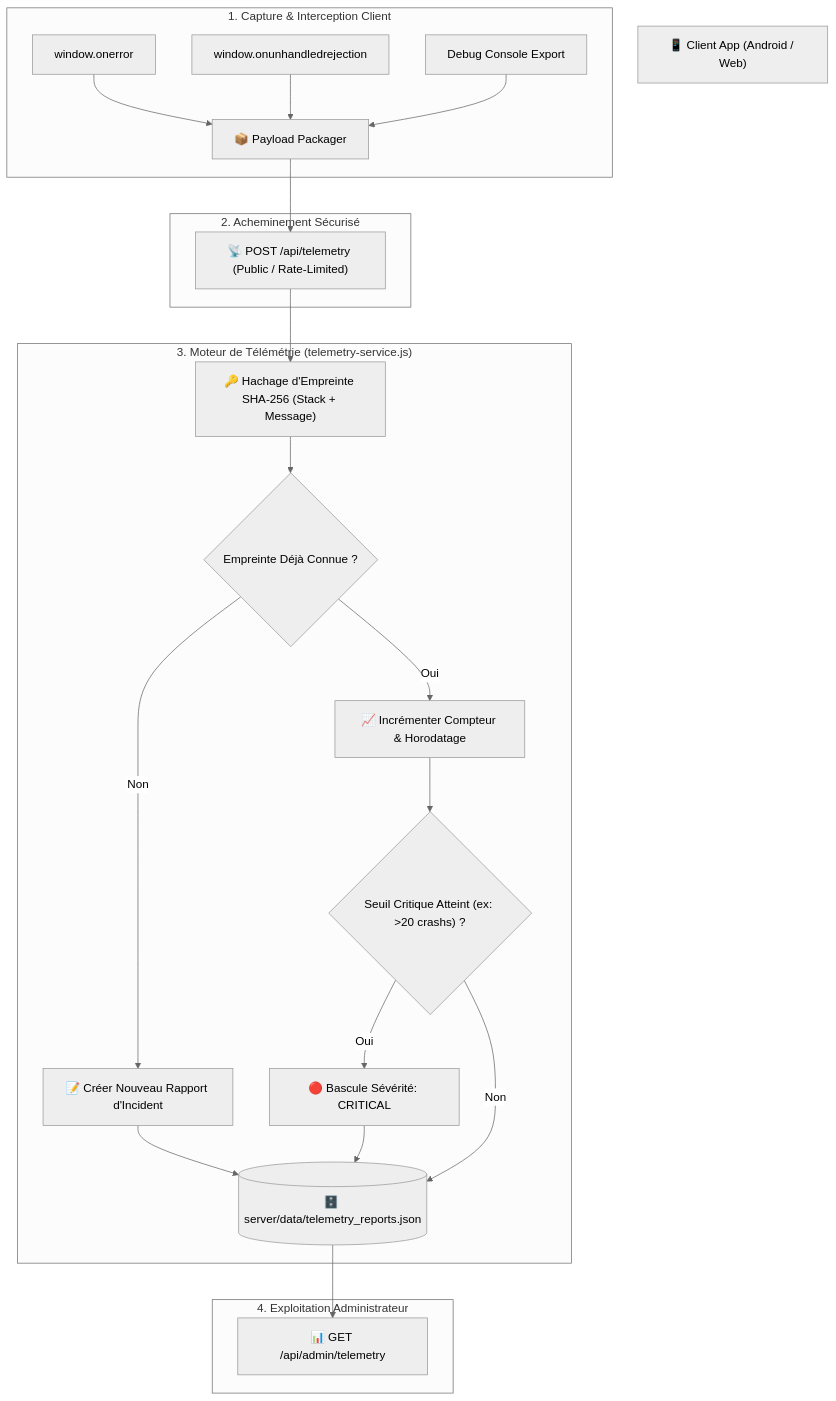
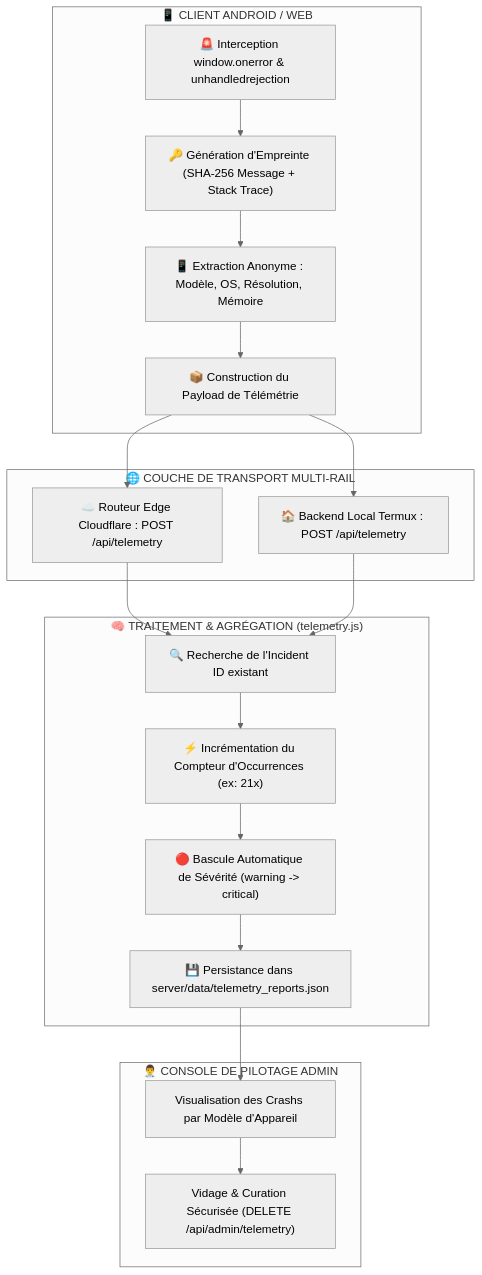
One commit to iillaa/med changed the diagram in docs/01-architecture/telemetry-crash-intelligence.md. Above: the diagram before and after it, drawn with Mermaid (neutral theme). The commit also changed other lines of this file and 7 other files, not shown here.

First line of the commit message:
docs(deep-architecture): complete exhaustive technical specifications and deep debugging manual

````diff
--- a/docs/01-architecture/telemetry-crash-intelligence.md
+++ b/docs/01-architecture/telemetry-crash-intelligence.md
@@ -19,39 +18,30 @@
 ```mermaid
 flowchart TD
-    ClientApp["📱 Client App (Android / Web)"]
-    
-    subgraph CaptureLayer["1. Capture & Interception Client"]
-        GlobalError["window.onerror"]
-        PromiseRejection["window.onunhandledrejection"]
-        DebugConsole["Debug Console Export"]
-        GlobalError --> Packager["📦 Payload Packager"]
-        PromiseRejection --> Packager
-        DebugConsole --> Packager
+    subgraph ClientMobile["📱 CLIENT ANDROID / WEB"]
+        ErrorCapture["🚨 Interception window.onerror & unhandledrejection"]
+        Fingerprinter["🔑 Génération d'Empreinte (SHA-256 Message + Stack Trace)"]
+        DeviceInfo["📱 Extraction Anonyme : Modèle, OS, Résolution, Mémoire"]
+        PayloadBuilder["📦 Construction du Payload de Télémétrie"]
+        ErrorCapture --> Fingerprinter --> DeviceInfo --> PayloadBuilder
     end
 
-    subgraph TransportLayer["2. Acheminement Sécurisé"]
-        PublicEndpoint["📡 POST /api/telemetry (Public / Rate-Limited)"]
-        Packager --> PublicEndpoint
+    subgraph TransportLayer["🌐 COUCHE DE TRANSPORT MULTI-RAIL"]
+        WorkerTelemetry["☁️ Routeur Edge Cloudflare : POST /api/telemetry"]
+        TermuxTelemetry["🏠 Backend Local Termux : POST /api/telemetry"]
+        PayloadBuilder --> WorkerTelemetry & TermuxTelemetry
     end
 
-    subgraph ServiceEngine["3. Moteur de Télémétrie (telemetry-service.js)"]
-        Hasher["🔑 Hachage d'Empreinte SHA-256 (Stack + Message)"]
-        DedupEngine{"Empreinte Déjà Connue ?"}
-        NewIncident["📝 Créer Nouveau Rapport d'Incident"]
-        UpdateIncident["📈 Incrémenter Compteur & Horodatage"]
-        EscalateCheck{"Seuil Critique Atteint (ex: >20 crashs) ?"}
-        Escalate["🔴 Bascule Sévérité: CRITICAL"]
-        Store[("🗄️ server/data/telemetry_reports.json")]
-
-        PublicEndpoint --> Hasher --> DedupEngine
-        DedupEngine -->|Non| NewIncident --> Store
-        DedupEngine -->|Oui| UpdateIncident --> EscalateCheck
-        EscalateCheck -->|Oui| Escalate --> Store
-        EscalateCheck -->|Non| Store
+    subgraph Processing["🧠 TRAITEMENT & AGRÉGATION (telemetry.js)"]
+        Deduplicator["🔍 Recherche de l'Incident ID existant"]
+        Counter["⚡ Incrémentation du Compteur d'Occurrences (ex: 21x)"]
+        SeverityEscalator["🔴 Bascule Automatique de Sévérité (warning -> critical)"]
+        Storage["💾 Persistance dans server/data/telemetry_reports.json"]
+        WorkerTelemetry & TermuxTelemetry --> Deduplicator --> Counter --> SeverityEscalator --> Storage
     end
 
-    subgraph AdminView["4. Exploitation Administrateur"]
-        AdminDashboard["📊 GET /api/admin/telemetry"]
-        Store --> AdminDashboard
+    subgraph AdminUI["👨‍⚕️ CONSOLE DE PILOTAGE ADMIN"]
+        AdminView["Visualisation des Crashs par Modèle d'Appareil"]
+        ClearLogs["Vidage & Curation Sécurisée (DELETE /api/admin/telemetry)"]
+        Storage --> AdminView --> ClearLogs
     end
 ```
````
